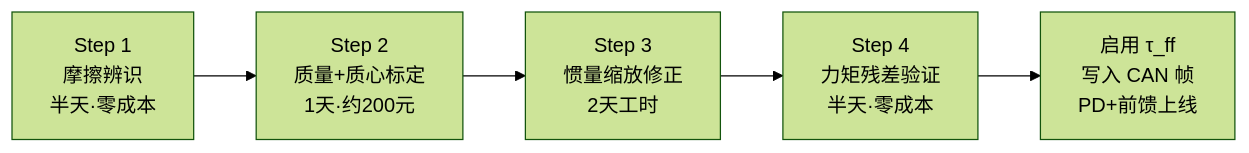
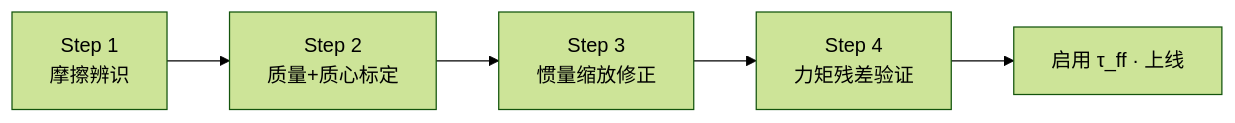
One commit to shuyx/xc-robot2lab changed the seventh of 7 diagrams in dev/mit-pd-feedforward-signal-chain/doc.md. Above: the diagram before and after it, drawn with Mermaid (forest theme). The commit also changed other lines of this file and 105 other files, not shown here.

````diff
--- a/dev/mit-pd-feedforward-signal-chain/doc.md
+++ b/dev/mit-pd-feedforward-signal-chain/doc.md
@@ -369,7 +371,7 @@
 ```mermaid
 flowchart LR
-    A["Step 1\n摩擦辨识\n半天·零成本"] --> B["Step 2\n质量+质心标定\n1天·约200元"]
-    B --> C["Step 3\n惯量缩放修正\n2天工时"]
-    C --> D["Step 4\n力矩残差验证\n半天·零成本"]
-    D --> E["启用 τ_ff\n写入 CAN 帧\nPD+前馈上线"]
+    A["Step 1<br/>摩擦辨识"] --> B["Step 2<br/>质量+质心标定"]
+    B --> C["Step 3<br/>惯量缩放修正"]
+    C --> D["Step 4<br/>力矩残差验证"]
+    D --> E["启用 τ_ff · 上线"]
 ```
````
